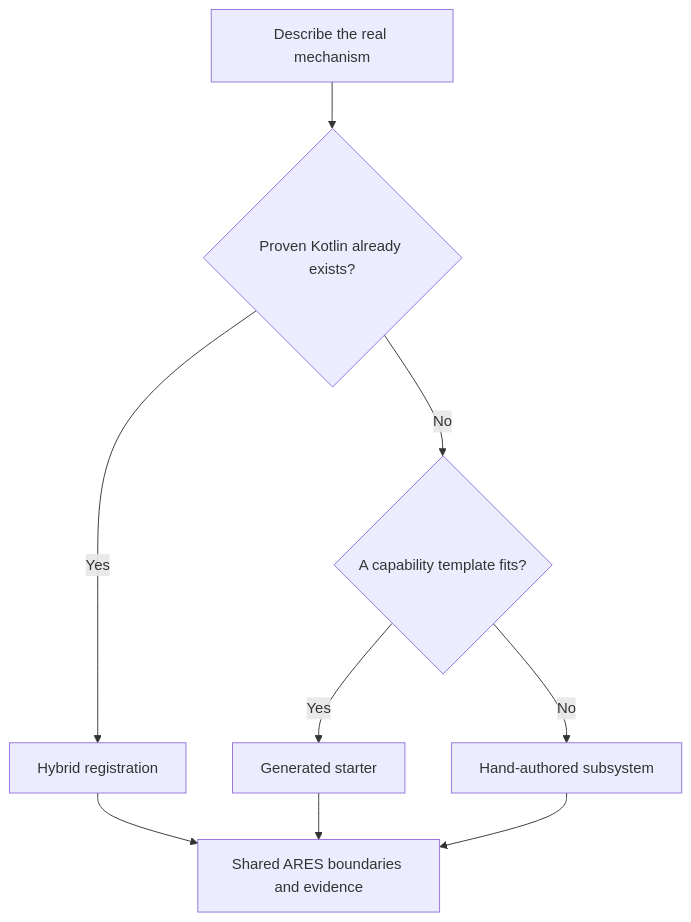
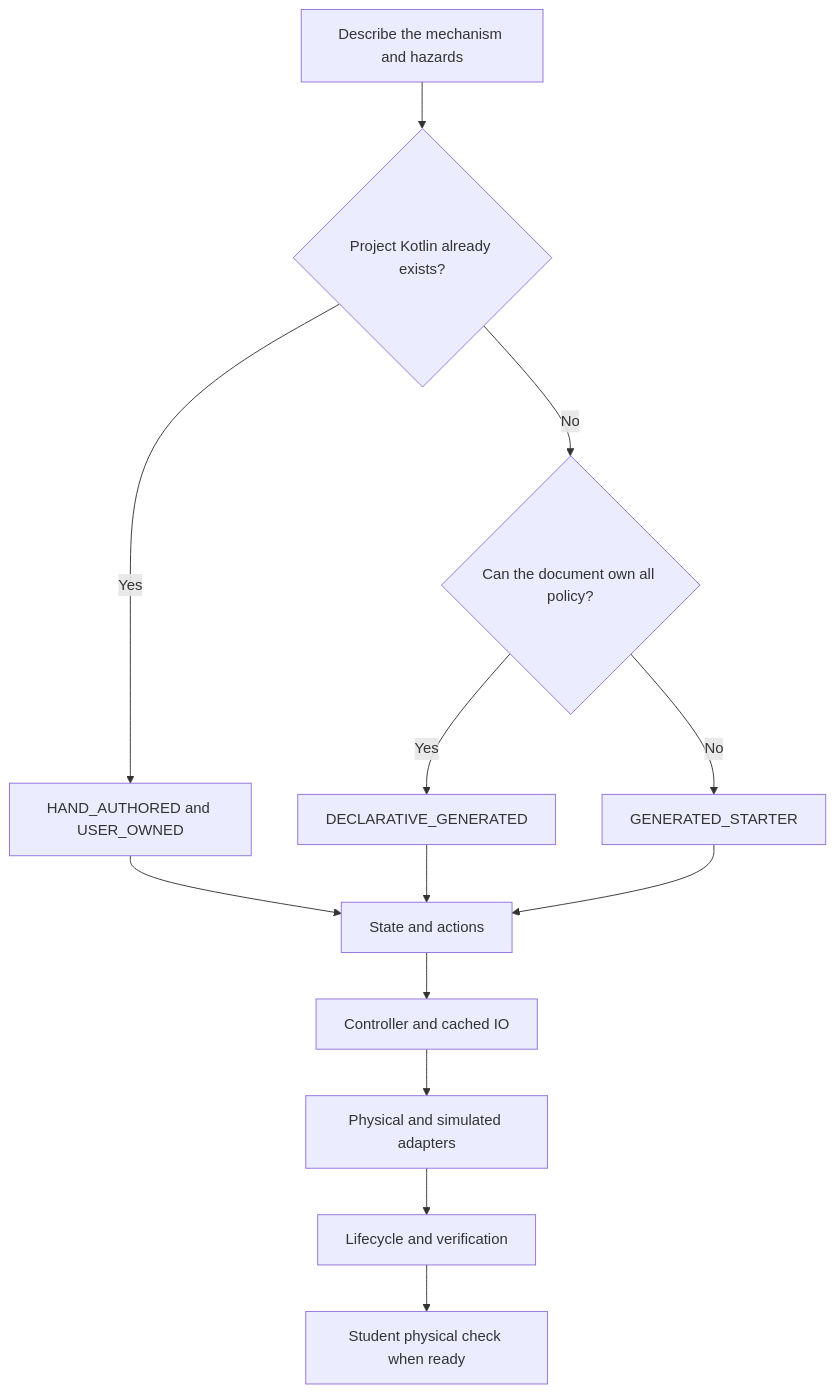
The diagram in content/learning/programming/05-code-first-subsystem.md (ARES-23247/ARESWEB), drawn with Mermaid before and after one commit. The commit also changed other lines of this file and 4 other files, not shown here.

````diff
--- a/content/learning/programming/05-code-first-subsystem.md
+++ b/content/learning/programming/05-code-first-subsystem.md
@@ -42,12 +55,16 @@
 ```mermaid
-%% aria: A new common mechanism can use a generated starter, proven existing Kotlin can use hybrid registration, and a custom mechanism can be hand-authored. All three paths meet at the same domain, control, IO, simulation, lifecycle, and test boundaries.
+%% aria: A subsystem document chooses declarative generated, generated starter, or hand-authored ownership. All paths must pass through state, control, cached IO, platform and simulation adapters, lifecycle, and verification evidence.
 flowchart TD
-  A["Describe the real mechanism"] --> B{"Proven Kotlin already exists?"}
-  B -- Yes --> C["Hybrid registration"]
-  B -- No --> D{"A capability template fits?"}
-  D -- Yes --> E["Generated starter"]
-  D -- No --> F["Hand-authored subsystem"]
-  C --> G["Shared ARES boundaries and evidence"]
+  A["Describe the mechanism and hazards"] --> B{"Project Kotlin already exists?"}
+  B -- Yes --> C["HAND_AUTHORED and USER_OWNED"]
+  B -- No --> D{"Can the document own all policy?"}
+  D -- Yes --> E["DECLARATIVE_GENERATED"]
+  D -- No --> F["GENERATED_STARTER"]
+  C --> G["State and actions"]
   E --> G
   F --> G
+  G --> H["Controller and cached IO"]
+  H --> I["Physical and simulated adapters"]
+  I --> J["Lifecycle and verification"]
+  J --> K["Student physical check when ready"]
 ```
````
